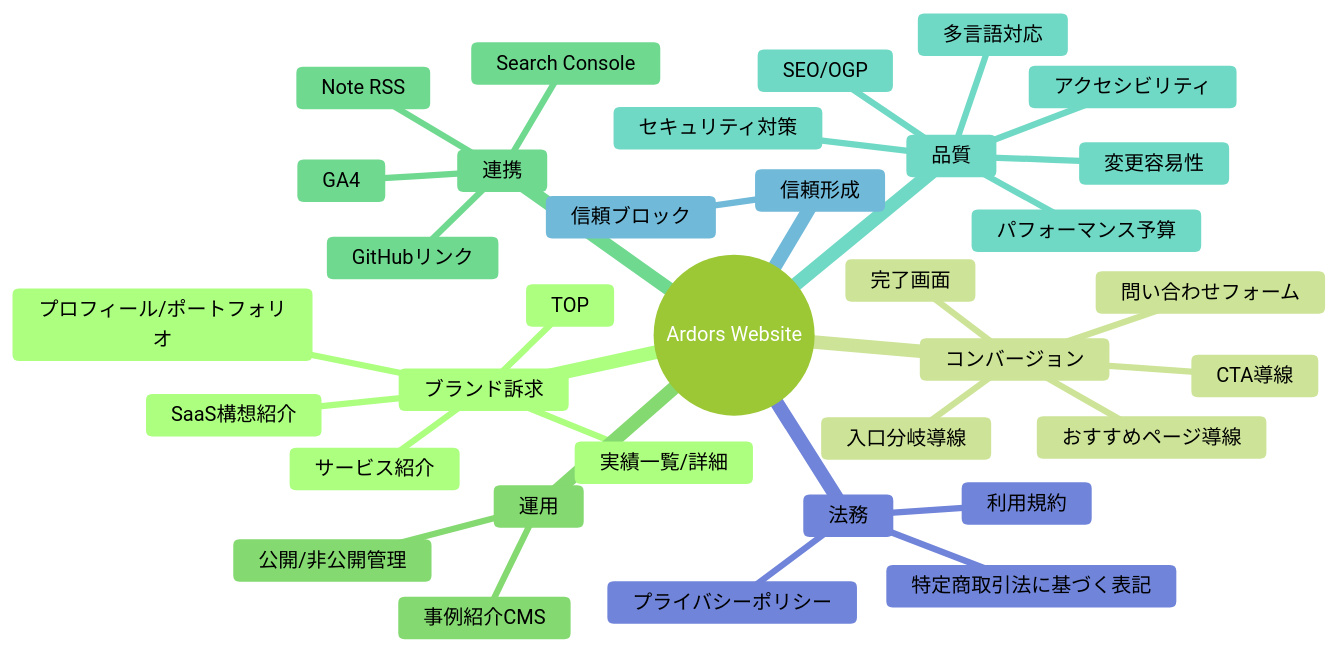
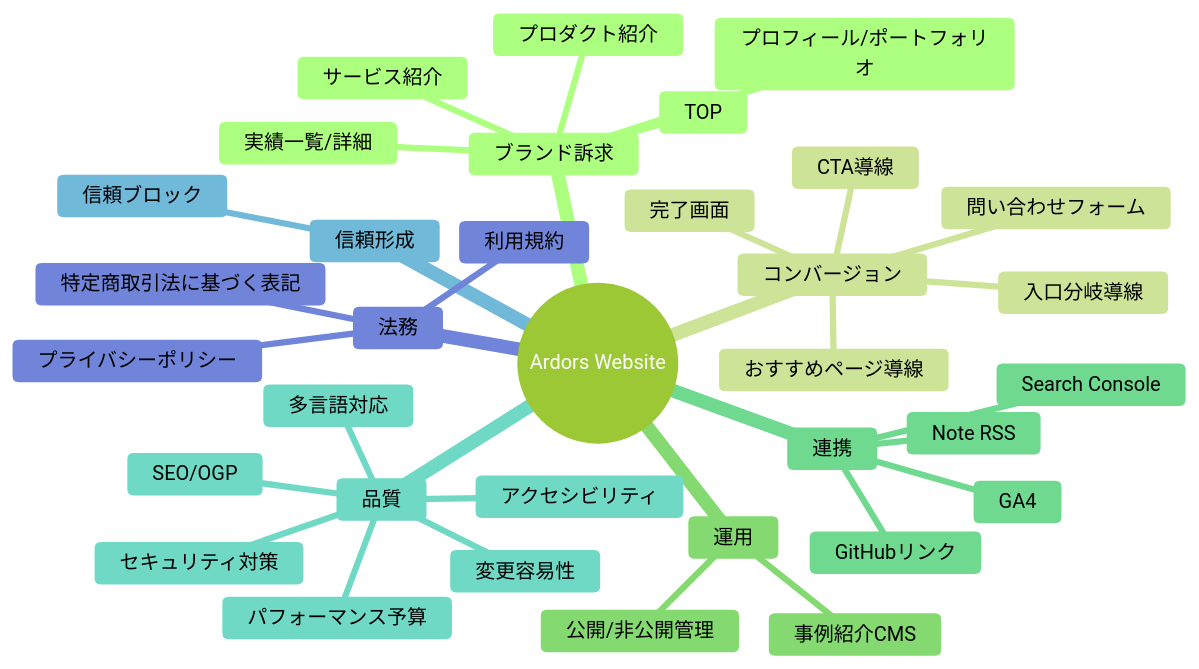
Before and after one commit to YU-Kawasaki-05/Ardors-website: the diagram in docs/01_要件定義/03_機能一覧_feature-list.md, drawn with Mermaid (forest theme). The commit also changed other lines of this file and 32 other files, not shown here.

````diff
--- a/docs/01_要件定義/03_機能一覧_feature-list.md
+++ b/docs/01_要件定義/03_機能一覧_feature-list.md
@@ -4,37 +5,37 @@
 ```mermaid
 mindmap
   root((Ardors Website))
     ブランド訴求
       TOP
       サービス紹介
       プロフィール/ポートフォリオ
       実績一覧/詳細
-      SaaS構想紹介
+      プロダクト紹介
     コンバージョン
       問い合わせフォーム
       完了画面
       CTA導線
       入口分岐導線
       おすすめページ導線
     運用
       事例紹介CMS
       公開/非公開管理
     連携
       Note RSS
       GitHubリンク
       GA4
       Search Console
     品質
       セキュリティ対策
       多言語対応
       SEO/OGP
       パフォーマンス予算
       アクセシビリティ
       変更容易性
     信頼形成
       信頼ブロック
     法務
       プライバシーポリシー
       利用規約
       特定商取引法に基づく表記
 ```
````
